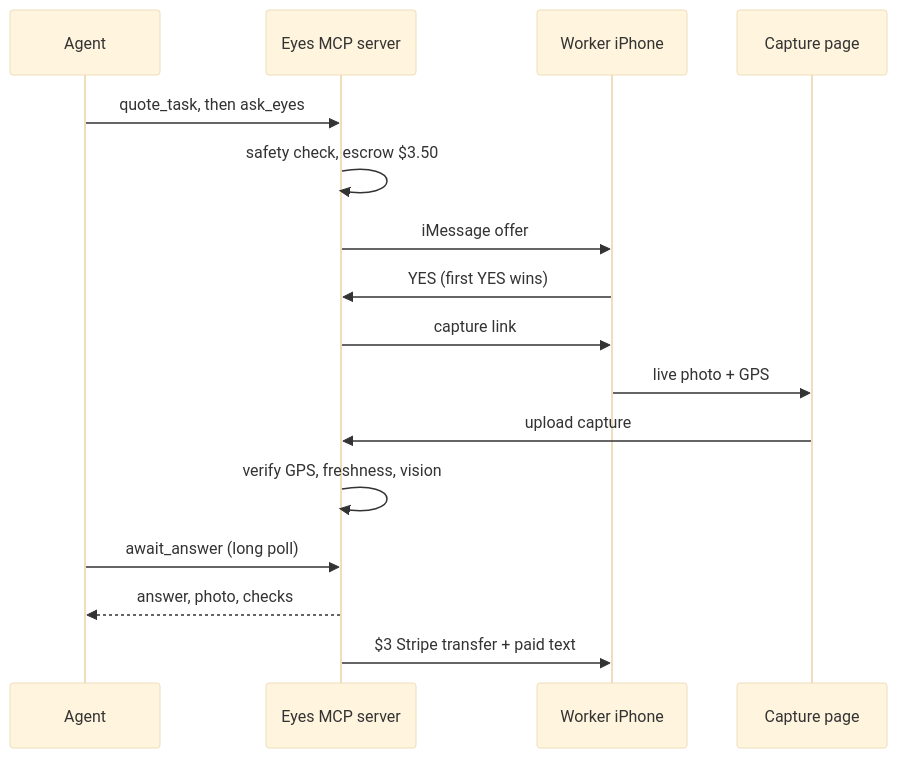
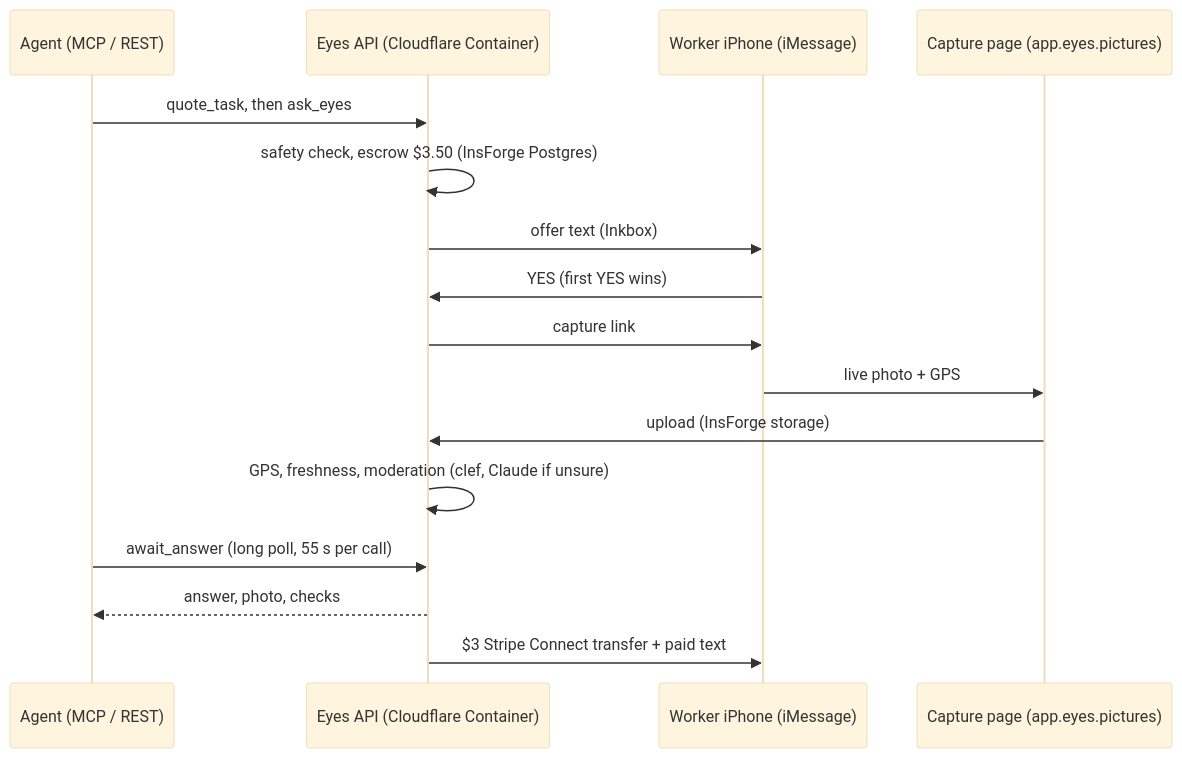
The diagram in README.md (ayaangazali/eyes), drawn with Mermaid (base theme) before and after one commit. The commit also changed other lines of this file, not shown here.

````diff
--- a/README.md
+++ b/README.md
@@ -17,18 +58,18 @@
 ```mermaid
 sequenceDiagram
-    participant A as Agent
-    participant E as Eyes MCP server
-    participant W as Worker iPhone
-    participant C as Capture page
+    participant A as Agent (MCP / REST)
+    participant E as Eyes API (Cloudflare Container)
+    participant W as Worker iPhone (iMessage)
+    participant C as Capture page (app.eyes.pictures)
     A->>E: quote_task, then ask_eyes
-    E->>E: safety check, escrow $3.50
-    E->>W: iMessage offer
+    E->>E: safety check, escrow $3.50 (InsForge Postgres)
+    E->>W: offer text (Inkbox)
     W->>E: YES (first YES wins)
     E->>W: capture link
     W->>C: live photo + GPS
-    C->>E: upload capture
-    E->>E: verify GPS, freshness, vision
-    A->>E: await_answer (long poll)
+    C->>E: upload (InsForge storage)
+    E->>E: GPS, freshness, moderation (clef, Claude if unsure)
+    A->>E: await_answer (long poll, 55 s per call)
     E-->>A: answer, photo, checks
-    E->>W: $3 Stripe transfer + paid text
+    E->>W: $3 Stripe Connect transfer + paid text
 ```
````
